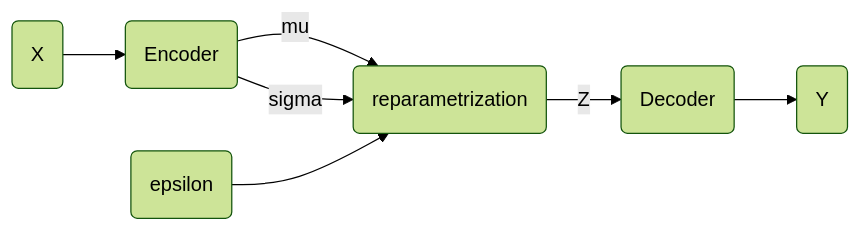
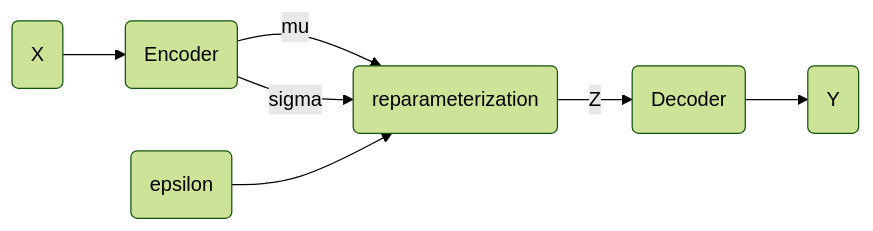
One commit to rhiga2/notes changed the second of 3 diagrams in ArtificialIntelligence/DeepLearning/autoencoders.md. Above: the diagram before and after it, drawn with Mermaid (forest theme). The commit also changed other lines of this file and 1 other file, not shown here.

Commit message:
Update notes

````diff
--- a/ArtificialIntelligence/DeepLearning/autoencoders.md
+++ b/ArtificialIntelligence/DeepLearning/autoencoders.md
@@ -68,9 +68,9 @@
 ```mermaid
 flowchart LR
     A(X) --> B(Encoder)
-    B --> |mu| C(reparametrization)
+    B --> |mu| C(reparameterization)
     B --> |sigma| C
     D(epsilon) --> C 
     C -->|Z| G(Decoder)
     G --> H(Y)
 ```
````
